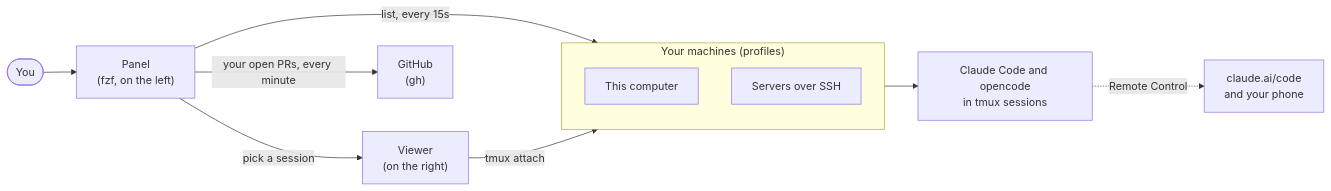
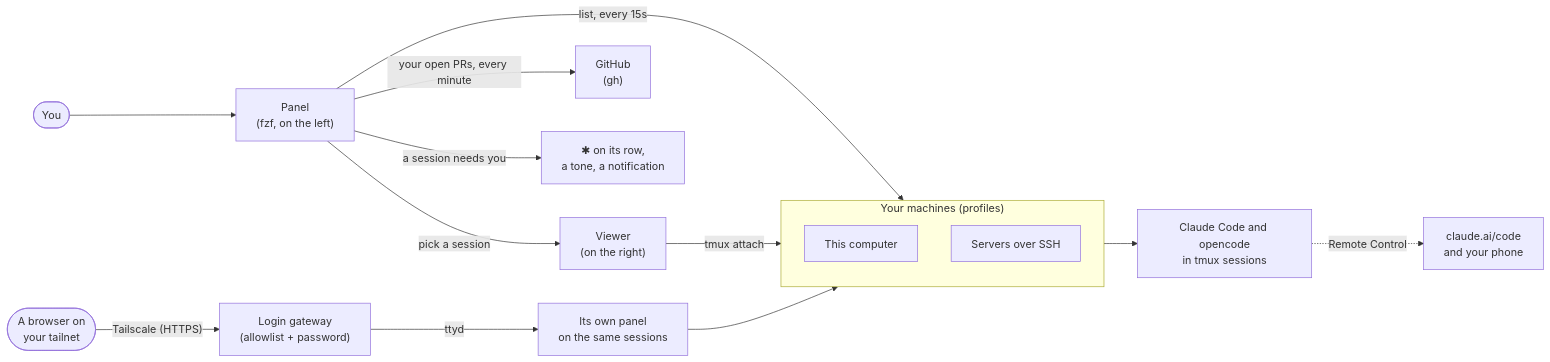
One commit to victorlazari/lzr1-panel changed the diagram in README.md. Above: the diagram before and after it, drawn with Mermaid. The commit also changed other lines of this file, not shown here.

````diff
--- a/README.md
+++ b/README.md
@@ -107,14 +111,18 @@
 ```mermaid
 flowchart LR
     you(["You"]) --> panel["Panel<br/>(fzf, on the left)"]
     panel -- "pick a session" --> viewer["Viewer<br/>(on the right)"]
     panel -- "list, every 15s" --> machines
     viewer -- "tmux attach" --> machines
     subgraph machines ["Your machines (profiles)"]
         local["This computer"]
         ssh["Servers over SSH"]
     end
     machines --> claude["Claude Code and opencode<br/>in tmux sessions"]
     claude -. "Remote Control" .-> phone["claude.ai/code<br/>and your phone"]
     panel -- "your open PRs, every minute" --> github["GitHub<br/>(gh)"]
+    panel -- "a session needs you" --> alert["✱ on its row,<br/>a tone, a notification"]
+    browser(["A browser on<br/>your tailnet"]) -- "Tailscale (HTTPS)" --> gw["Login gateway<br/>(allowlist + password)"]
+    gw -- "ttyd" --> panel2["Its own panel<br/>on the same sessions"]
+    panel2 --> machines
 ```
````
